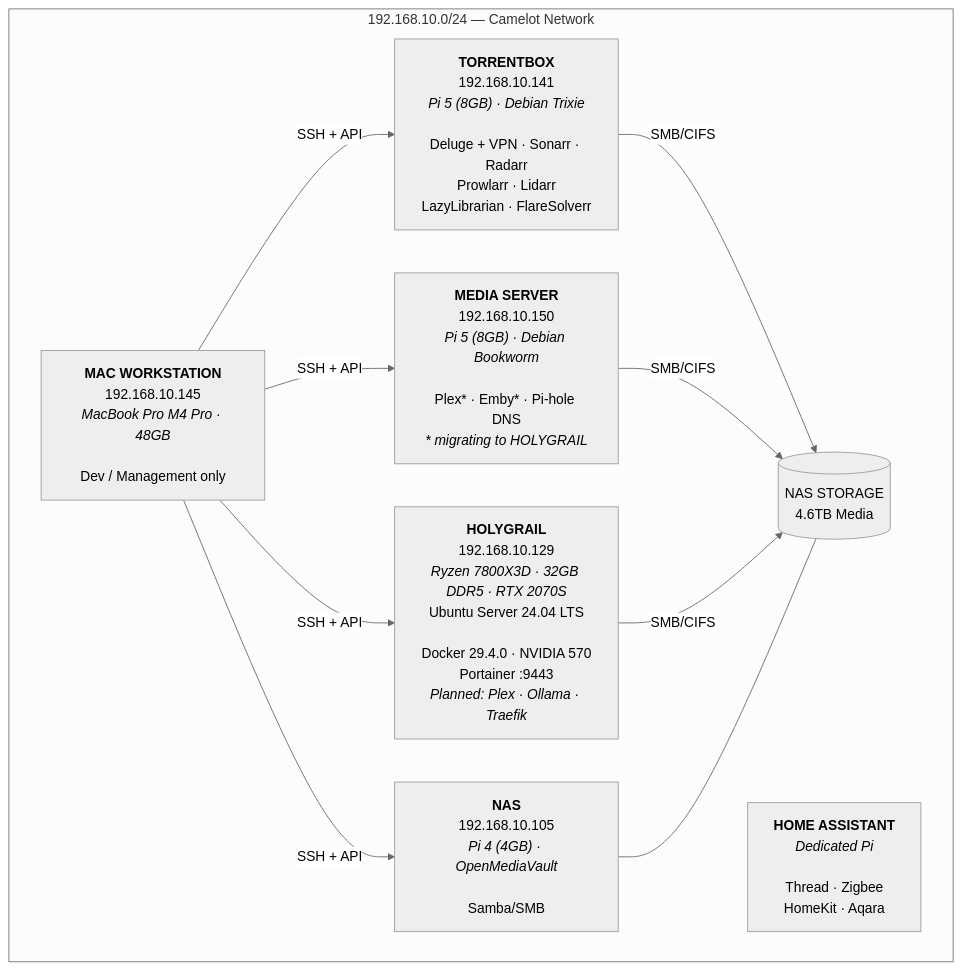
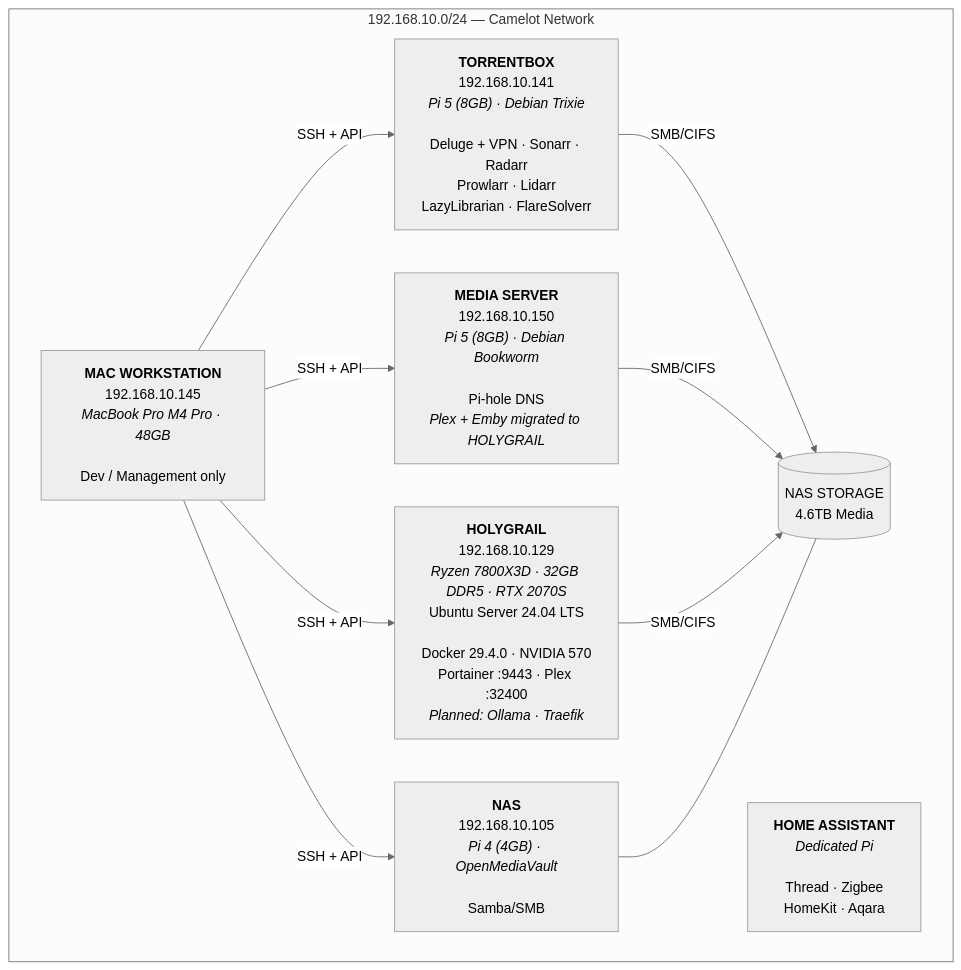
The first of 2 diagrams in docs/INFRASTRUCTURE.md (johndoucette63/camelot), drawn with Mermaid (neutral theme) before and after one commit. The commit also changed other lines of this file and 14 other files, not shown here.

First line of the commit message:
F2.1: Migrate Plex to HOLYGRAIL with NVENC GPU transcoding, retire Emby

````diff
--- a/docs/INFRASTRUCTURE.md
+++ b/docs/INFRASTRUCTURE.md
@@ -5,28 +5,28 @@
 ```mermaid
 graph TB
     subgraph network["192.168.10.0/24 — Camelot Network"]
-        holygrail["<b>HOLYGRAIL</b><br/>192.168.10.129<br/><i>Ryzen 7800X3D · 32GB DDR5 · RTX 2070S</i><br/>Ubuntu Server 24.04 LTS<br/><br/>Docker 29.4.0 · NVIDIA 570<br/>Portainer :9443<br/><i>Planned: Plex · Ollama · Traefik</i>"]
+        holygrail["<b>HOLYGRAIL</b><br/>192.168.10.129<br/><i>Ryzen 7800X3D · 32GB DDR5 · RTX 2070S</i><br/>Ubuntu Server 24.04 LTS<br/><br/>Docker 29.4.0 · NVIDIA 570<br/>Portainer :9443 · Plex :32400<br/><i>Planned: Ollama · Traefik</i>"]
 
         torrentbox["<b>TORRENTBOX</b><br/>192.168.10.141<br/><i>Pi 5 (8GB) · Debian Trixie</i><br/><br/>Deluge + VPN · Sonarr · Radarr<br/>Prowlarr · Lidarr<br/>LazyLibrarian · FlareSolverr"]
 
         nas["<b>NAS</b><br/>192.168.10.105<br/><i>Pi 4 (4GB) · OpenMediaVault</i><br/><br/>Samba/SMB"]
 
-        mediaserver["<b>MEDIA SERVER</b><br/>192.168.10.150<br/><i>Pi 5 (8GB) · Debian Bookworm</i><br/><br/>Plex* · Emby* · Pi-hole DNS<br/><i>* migrating to HOLYGRAIL</i>"]
+        mediaserver["<b>MEDIA SERVER</b><br/>192.168.10.150<br/><i>Pi 5 (8GB) · Debian Bookworm</i><br/><br/>Pi-hole DNS<br/><i>Plex + Emby migrated to HOLYGRAIL</i>"]
 
         mac["<b>MAC WORKSTATION</b><br/>192.168.10.145<br/><i>MacBook Pro M4 Pro · 48GB</i><br/><br/>Dev / Management only"]
 
         ha["<b>HOME ASSISTANT</b><br/><i>Dedicated Pi</i><br/><br/>Thread · Zigbee<br/>HomeKit · Aqara"]
 
         storage[("NAS STORAGE<br/>4.6TB Media")]
 
         mac -- "SSH + API" --> holygrail
         mac -- "SSH + API" --> torrentbox
         mac -- "SSH + API" --> nas
         mac -- "SSH + API" --> mediaserver
 
         torrentbox -- "SMB/CIFS" --> storage
         mediaserver -- "SMB/CIFS" --> storage
         holygrail -- "SMB/CIFS" --> storage
         nas --- storage
     end
 ```
````
